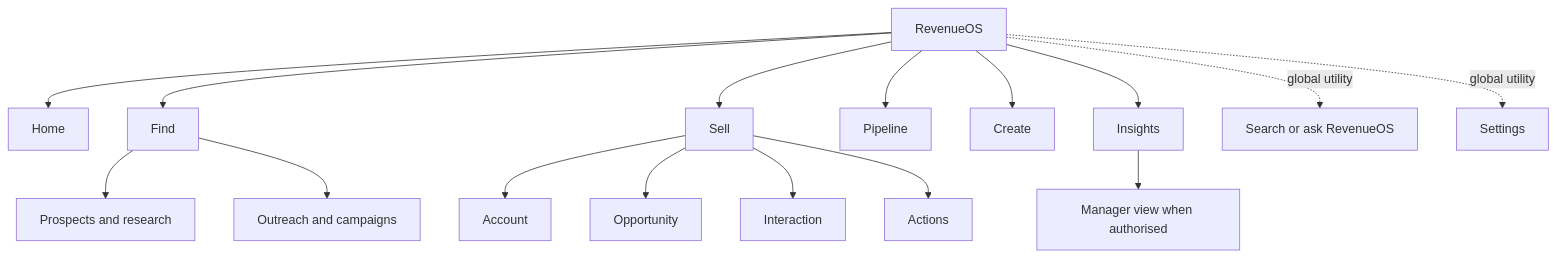
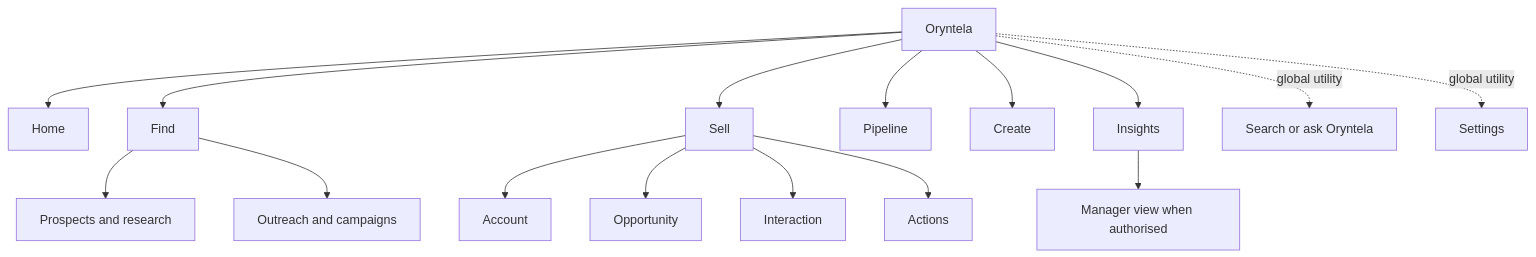
Before and after one commit to KevinFinnerty2205/revenueos: the diagram in docs/02-design/revenueos-information-architecture.md, drawn with Mermaid. The commit also changed other lines of this file and 400 other files, not shown here.

````diff
--- a/docs/02-design/revenueos-information-architecture.md
+++ b/docs/02-design/revenueos-information-architecture.md
@@ -33,18 +33,18 @@
 ```mermaid
 flowchart TB
-    N["RevenueOS"] --> H["Home"]
+    N["Oryntela"] --> H["Home"]
     N --> F["Find"]
     N --> S["Sell"]
     N --> P["Pipeline"]
     N --> C["Create"]
     N --> I["Insights"]
-    N -. "global utility" .-> Q["Search or ask RevenueOS"]
+    N -. "global utility" .-> Q["Search or ask Oryntela"]
     N -. "global utility" .-> ST["Settings"]
     S --> A["Account"]
     S --> O["Opportunity"]
     S --> IN["Interaction"]
     S --> AC["Actions"]
     F --> PR["Prospects and research"]
     F --> EN["Outreach and campaigns"]
 I --> M["Manager view when authorised"]
 ```
````
